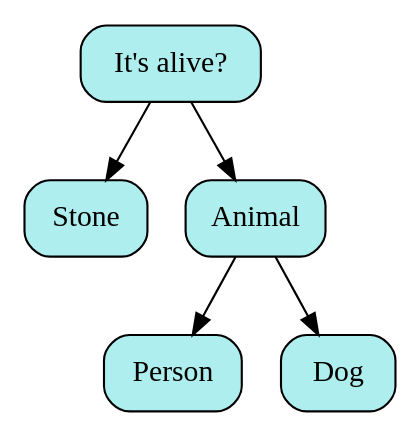
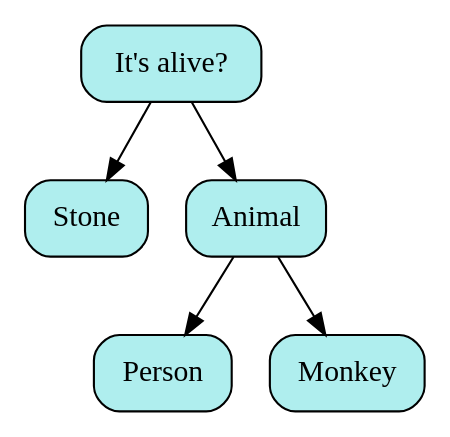
One commit to SashaKhaytina/Akinator changed the diagram in pictures/image02.dot. Above: the diagram before and after it, drawn with Graphviz. The commit also changed 8 other files, not shown here.

```diff
--- a/pictures/image02.dot
+++ b/pictures/image02.dot
@@ -1,13 +1,13 @@
 digraph
 {
 rankdir = TB;
-POINT_0x63f77b2fa480[shape=Mrecord, label = "It's alive?", style="filled",fillcolor="#AFEEEE"]
-POINT_0x63f77b2fa640[shape=Mrecord, label = "Stone", style="filled",fillcolor="#AFEEEE"]
-POINT_0x63f77b2fa560[shape=Mrecord, label = "Animal", style="filled",fillcolor="#AFEEEE"]
-POINT_0x63f77b2fc210[shape=Mrecord, label = "Person", style="filled",fillcolor="#AFEEEE"]
-POINT_0x63f77b2fc130[shape=Mrecord, label = "Dog", style="filled",fillcolor="#AFEEEE"]
-POINT_0x63f77b2fa480 -> POINT_0x63f77b2fa640
-POINT_0x63f77b2fa480 -> POINT_0x63f77b2fa560
-POINT_0x63f77b2fa560 -> POINT_0x63f77b2fc210
-POINT_0x63f77b2fa560 -> POINT_0x63f77b2fc130
+POINT_0x61fda3fa72a0[shape=Mrecord, label = "It's alive?", style="filled",fillcolor="#AFEEEE"]
+POINT_0x61fda3fa7460[shape=Mrecord, label = "Stone", style="filled",fillcolor="#AFEEEE"]
+POINT_0x61fda3fa7380[shape=Mrecord, label = "Animal", style="filled",fillcolor="#AFEEEE"]
+POINT_0x61fda3fa8020[shape=Mrecord, label = "Person", style="filled",fillcolor="#AFEEEE"]
+POINT_0x61fda3fa7f40[shape=Mrecord, label = "Monkey", style="filled",fillcolor="#AFEEEE"]
+POINT_0x61fda3fa72a0 -> POINT_0x61fda3fa7460
+POINT_0x61fda3fa72a0 -> POINT_0x61fda3fa7380
+POINT_0x61fda3fa7380 -> POINT_0x61fda3fa8020
+POINT_0x61fda3fa7380 -> POINT_0x61fda3fa7f40
 }
```
